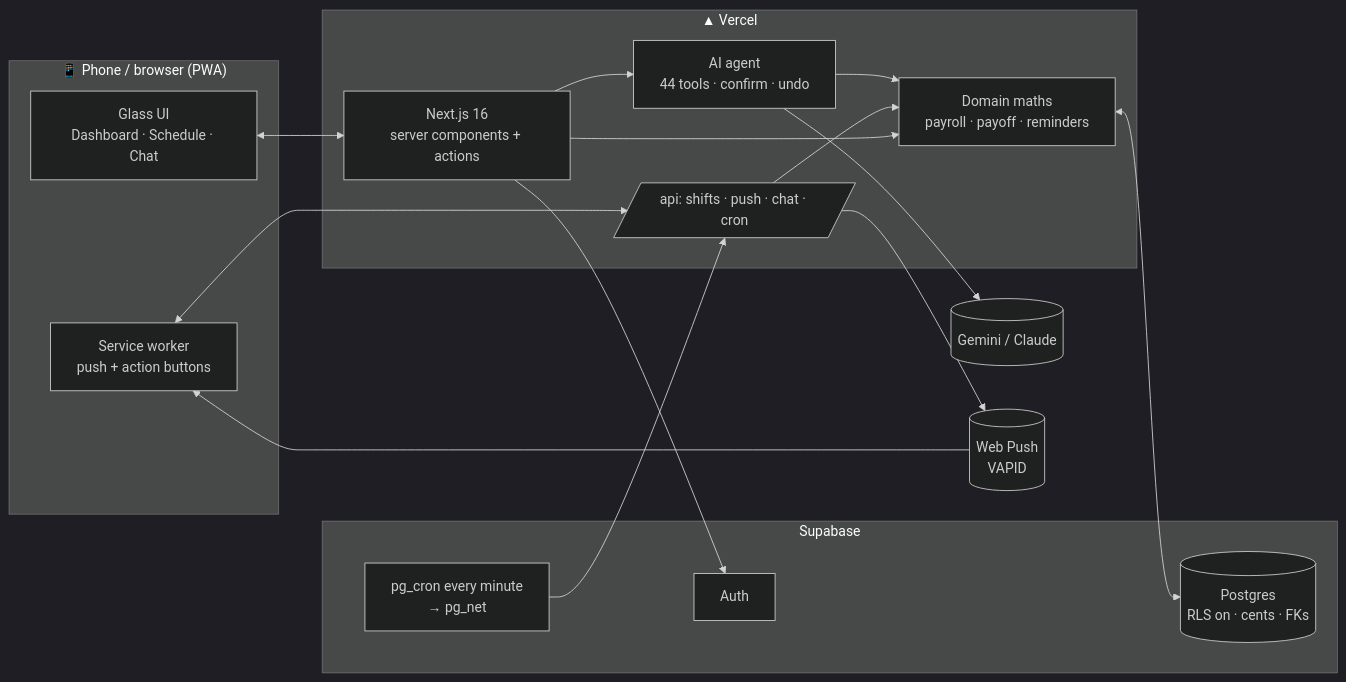
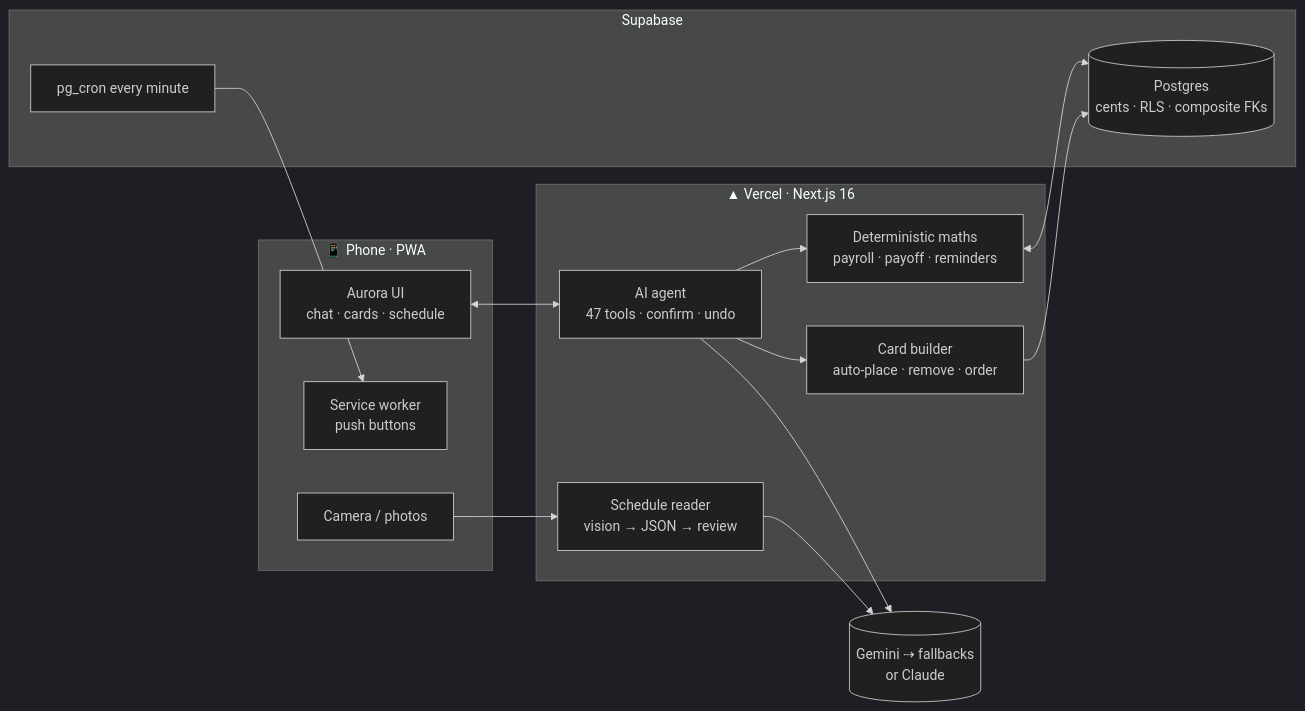
One commit to arshdeepsingh11/Haru changed the diagram in HARU.md. Above: the diagram before and after it, drawn with Mermaid (dark theme). The commit also changed other lines of this file and 6 other files, not shown here.

````diff
--- a/HARU.md
+++ b/HARU.md
@@ -152,31 +118,24 @@
 ```mermaid
 flowchart LR
-    subgraph Phone["📱 Phone / browser (PWA)"]
-        UI[Glass UI<br/>Dashboard · Schedule · Chat]
-        SW[Service worker<br/>push + action buttons]
+    subgraph Phone["📱 Phone · PWA"]
+        UI[Aurora UI<br/>chat · cards · schedule]
+        SW[Service worker<br/>push buttons]
+        CAM[Camera / photos]
     end
-    subgraph Vercel["▲ Vercel"]
-        RSC[Next.js 16<br/>server components + actions]
-        API[/api: shifts · push · chat · cron/]
-        AI[AI agent<br/>44 tools · confirm · undo]
-        DOM[Domain maths<br/>payroll · payoff · reminders]
+    subgraph Vercel["▲ Vercel · Next.js 16"]
+        AG[AI agent<br/>47 tools · confirm · undo]
+        CARDS[Card builder<br/>auto-place · remove · order]
+        SCAN[Schedule reader<br/>vision → JSON → review]
+        DOM[Deterministic maths<br/>payroll · payoff · reminders]
     end
-    subgraph Supa["Supabase"]
-        AUTH[Auth]
-        PG[(Postgres<br/>RLS on · cents · FKs)]
-        CRON[pg_cron every minute<br/>→ pg_net]
+    subgraph Supabase
+        PG[(Postgres<br/>cents · RLS · composite FKs)]
+        CRON[pg_cron every minute]
     end
-    LLM[(Gemini / Claude)]
-    PUSH[(Web Push<br/>VAPID)]
-
-    UI <--> RSC
-    SW <--> API
-    RSC --> DOM
-    API --> DOM
-    RSC --> AI --> LLM
-    AI --> DOM
-    DOM <--> PG
-    RSC --> AUTH
-    CRON --> API
-    API --> PUSH --> SW
+    LLM[(Gemini ⇢ fallbacks<br/>or Claude)]
+    UI <--> AG --> LLM
+    AG --> CARDS --> PG
+    CAM --> SCAN --> LLM
+    AG --> DOM <--> PG
+    CRON --> SW
 ```
````
